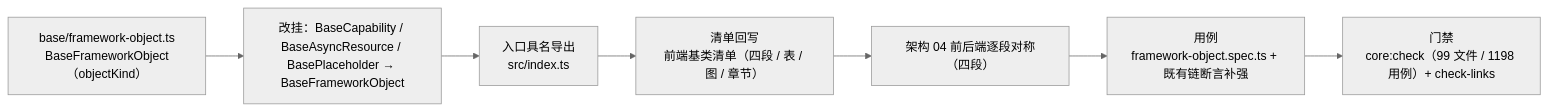
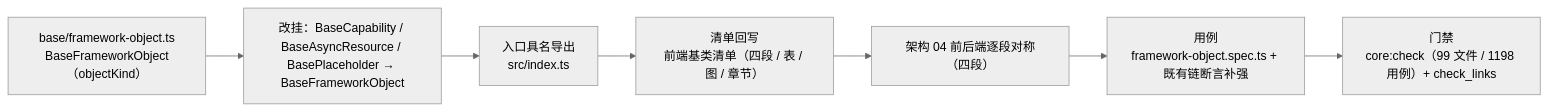
The diagram in bms文档/项目/06_认证与安全/任务/09_类体系根治理/09_类体系根治理_02_前端框架层对称/实施/01_实施_02_前端框架层对称.md (minjian123/basic-management-system), drawn with Mermaid (neutral theme) before and after one commit. The commit also changed other lines of this file and 919 other files, not shown here.

````diff
--- a/bms文档/项目/06_认证与安全/任务/09_类体系根治理/09_类体系根治理_02_前端框架层对称/实施/01_实施_02_前端框架层对称.md
+++ b/bms文档/项目/06_认证与安全/任务/09_类体系根治理/09_类体系根治理_02_前端框架层对称/实施/01_实施_02_前端框架层对称.md
@@ -22,9 +22,9 @@
 ```mermaid
 flowchart LR
     A["base/framework-object.ts<br/>BaseFrameworkObject（objectKind）"] --> B["改挂：BaseCapability / BaseAsyncResource / BasePlaceholder → BaseFrameworkObject"]
     B --> C["入口具名导出<br/>src/index.ts"]
     C --> D["清单回写<br/>前端基类清单（四段 / 表 / 图 / 章节）"]
     D --> E["架构 04 前后端逐段对称（四段）"]
     E --> F["用例<br/>framework-object.spec.ts + 既有链断言补强"]
-    F --> G["门禁<br/>core:check（99 文件 / 1198 用例）+ check-links"]
+    F --> G["门禁<br/>core:check（99 文件 / 1198 用例）+ check_links"]
 ```
````
